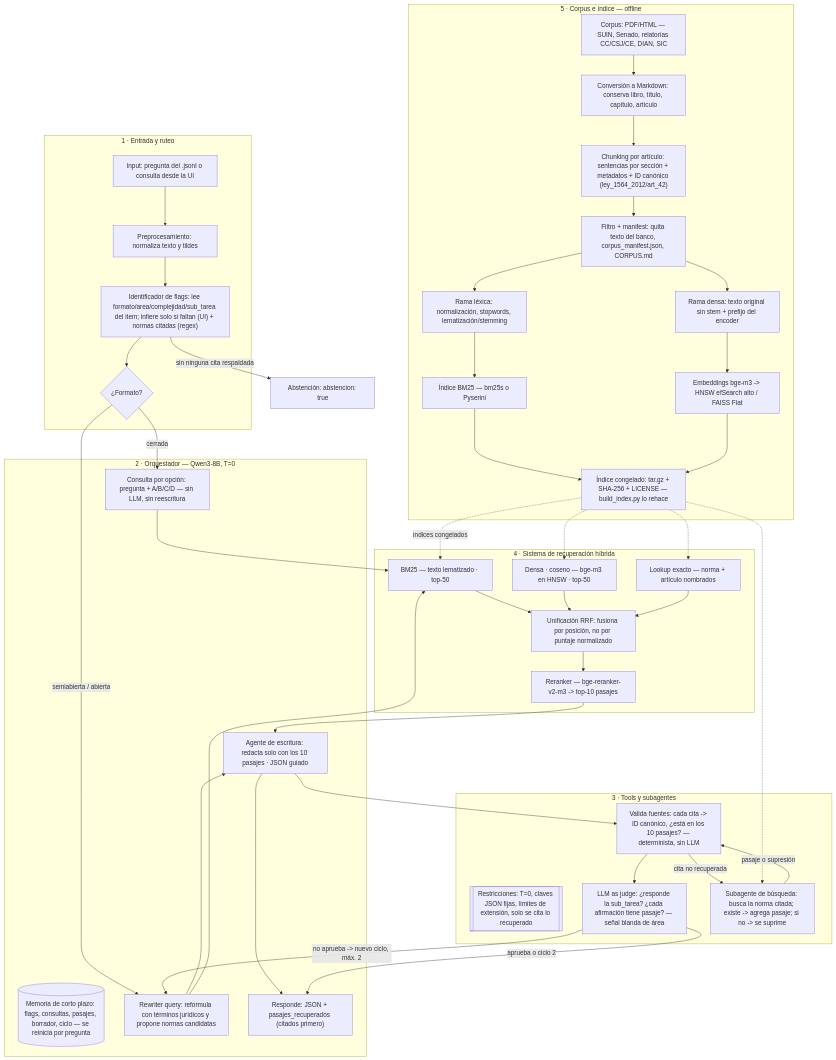
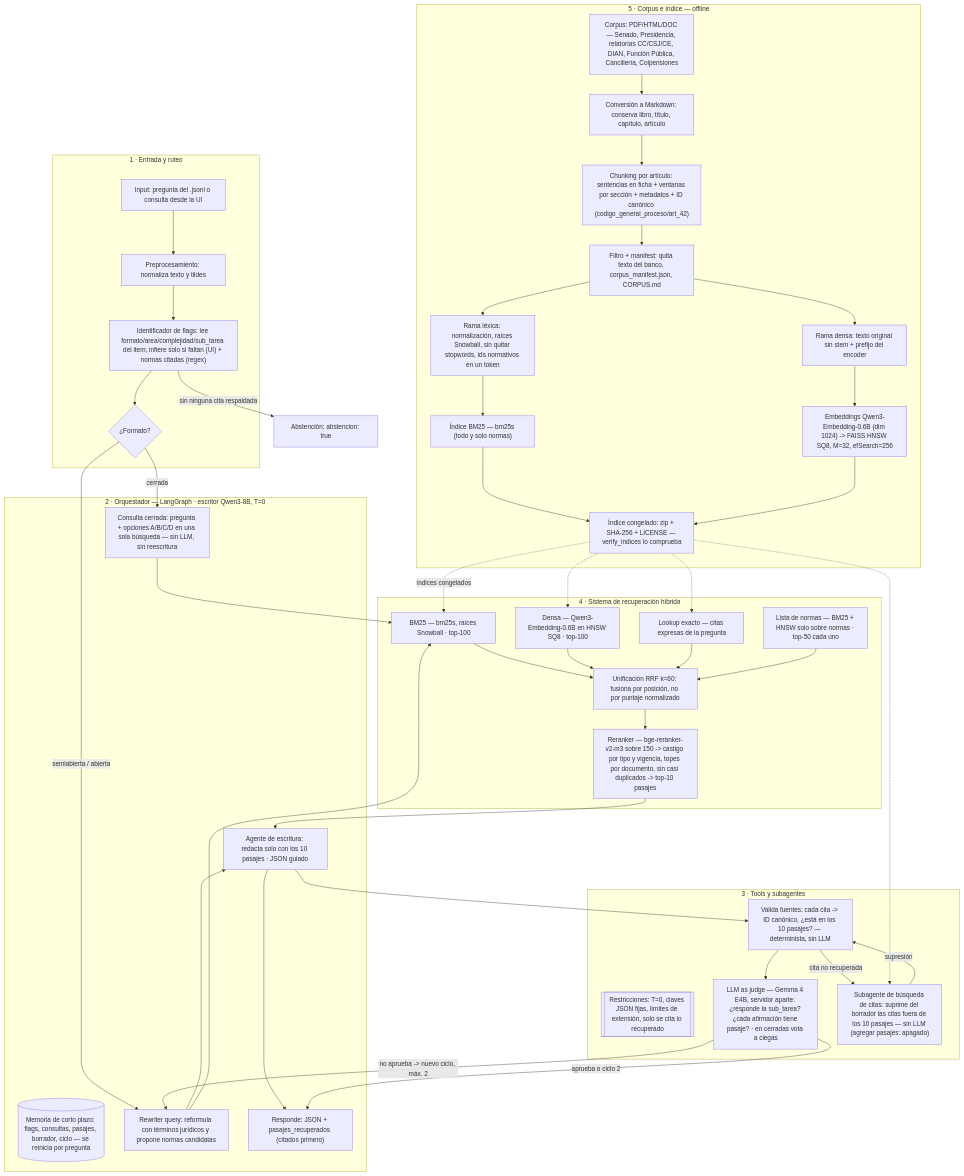
The diagram in README.md (CamMV/Samu-Enjoyer), drawn with Mermaid before and after one commit. The commit also changed other lines of this file, not shown here.

````diff
--- a/README.md
+++ b/README.md
@@ -82,67 +82,69 @@
 ```mermaid
 flowchart TB
     subgraph L1["1 · Entrada y ruteo"]
         A["Input: pregunta del .jsonl o consulta desde la UI"] --> B["Preprocesamiento: normaliza texto y tildes"]
         B --> C["Identificador de flags: lee formato/area/complejidad/sub_tarea del item; infiere solo si faltan (UI) + normas citadas (regex)"]
         C --> D{"¿Formato?"}
     end
 
-    subgraph L2["2 · Orquestador — Qwen3-8B, T=0"]
+    subgraph L2["2 · Orquestador — LangGraph · escritor Qwen3-8B, T=0"]
         MEM[("Memoria de corto plazo: flags, consultas, pasajes, borrador, ciclo — se reinicia por pregunta")]
-        D -->|cerrada| E["Consulta por opción: pregunta + A/B/C/D — sin LLM, sin reescritura"]
+        D -->|cerrada| E["Consulta cerrada: pregunta + opciones A/B/C/D en una sola búsqueda — sin LLM, sin reescritura"]
         D -->|semiabierta / abierta| F["Rewriter query: reformula con términos jurídicos y propone normas candidatas"]
         F --> W["Agente de escritura: redacta solo con los 10 pasajes · JSON guiado"]
         W --> RESP["Responde: JSON + pasajes_recuperados (citados primero)"]
     end
 
     subgraph L3["3 · Tools y subagentes"]
         RULES[["Restricciones: T=0, claves JSON fijas, límites de extensión, solo se cita lo recuperado"]]
         VAL["Valida fuentes: cada cita -> ID canónico, ¿está en los 10 pasajes? — determinista, sin LLM"]
-        JUDGE["LLM as judge: ¿responde la sub_tarea? ¿cada afirmación tiene pasaje? — señal blanda de área"]
-        SEARCH["Subagente de búsqueda: busca la norma citada; existe -> agrega pasaje; si no -> se suprime"]
+        JUDGE["LLM as judge — Gemma 4 E4B, servidor aparte: ¿responde la sub_tarea? ¿cada afirmación tiene pasaje? · en cerradas vota a ciegas"]
+        SEARCH["Subagente de búsqueda de citas: suprime del borrador las citas fuera de los 10 pasajes — sin LLM (agregar pasajes: apagado)"]
     end
 
     subgraph L4["4 · Sistema de recuperación híbrida"]
-        BM25["BM25 — texto lematizado · top-50"]
-        DENSE["Densa · coseno — bge-m3 en HNSW · top-50"]
-        LOOKUP["Lookup exacto — norma + artículo nombrados"]
-        RRF["Unificación RRF: fusiona por posición, no por puntaje normalizado"]
-        RERANK["Reranker — bge-reranker-v2-m3 -> top-10 pasajes"]
+        BM25["BM25 — bm25s, raíces Snowball · top-100"]
+        DENSE["Densa — Qwen3-Embedding-0.6B en HNSW SQ8 · top-100"]
+        LOOKUP["Lookup exacto — citas expresas de la pregunta"]
+        NORMAS["Lista de normas — BM25 + HNSW solo sobre normas · top-50 cada uno"]
+        RRF["Unificación RRF k=60: fusiona por posición, no por puntaje normalizado"]
+        RERANK["Reranker — bge-reranker-v2-m3 sobre 150 -> castigo por tipo y vigencia, topes por documento, sin casi duplicados -> top-10 pasajes"]
         BM25 --> RRF
         DENSE --> RRF
         LOOKUP --> RRF
+        NORMAS --> RRF
         RRF --> RERANK
     end
 
     subgraph L5["5 · Corpus e índice — offline"]
-        CORP["Corpus: PDF/HTML — SUIN, Senado, relatorías CC/CSJ/CE, DIAN, SIC"]
+        CORP["Corpus: PDF/HTML/DOC — Senado, Presidencia, relatorías CC/CSJ/CE, DIAN, Función Pública, Cancillería, Colpensiones"]
         MD["Conversión a Markdown: conserva libro, título, capítulo, artículo"]
-        CHUNK["Chunking por artículo: sentencias por sección + metadatos + ID canónico (ley_1564_2012/art_42)"]
+        CHUNK["Chunking por artículo: sentencias en ficha + ventanas por sección + metadatos + ID canónico (codigo_general_proceso/art_42)"]
         FILT["Filtro + manifest: quita texto del banco, corpus_manifest.json, CORPUS.md"]
-        LEX["Rama léxica: normalización, stopwords, lematización/stemming"]
+        LEX["Rama léxica: normalización, raíces Snowball, sin quitar stopwords, ids normativos en un token"]
         DEN["Rama densa: texto original sin stem + prefijo del encoder"]
-        IBM25["Índice BM25 — bm25s o Pyserini"]
-        IEMB["Embeddings bge-m3 -> HNSW efSearch alto / FAISS Flat"]
-        FREEZE["Índice congelado: tar.gz + SHA-256 + LICENSE — build_index.py lo rehace"]
+        IBM25["Índice BM25 — bm25s (todo y solo normas)"]
+        IEMB["Embeddings Qwen3-Embedding-0.6B (dim 1024) -> FAISS HNSW SQ8, M=32, efSearch=256"]
+        FREEZE["Índice congelado: zip + SHA-256 + LICENSE — verify_indices lo comprueba"]
         CORP --> MD --> CHUNK --> FILT
         FILT --> LEX --> IBM25
         FILT --> DEN --> IEMB
         IBM25 --> FREEZE
         IEMB --> FREEZE
     end
 
     E --> BM25
     F --> BM25
     RERANK --> W
     W --> VAL
     VAL -->|cita no recuperada| SEARCH
-    SEARCH -->|pasaje o supresión| VAL
+    SEARCH -->|supresión| VAL
     VAL --> JUDGE
     JUDGE -->|no aprueba -> nuevo ciclo, máx. 2| F
     JUDGE -->|aprueba o ciclo 2| RESP
     C -->|sin ninguna cita respaldada| ABST["Abstención: abstencion: true"]
     FREEZE -.índices congelados.-> BM25
     FREEZE -.-> DENSE
     FREEZE -.-> LOOKUP
     FREEZE -.-> SEARCH
 ```
````
